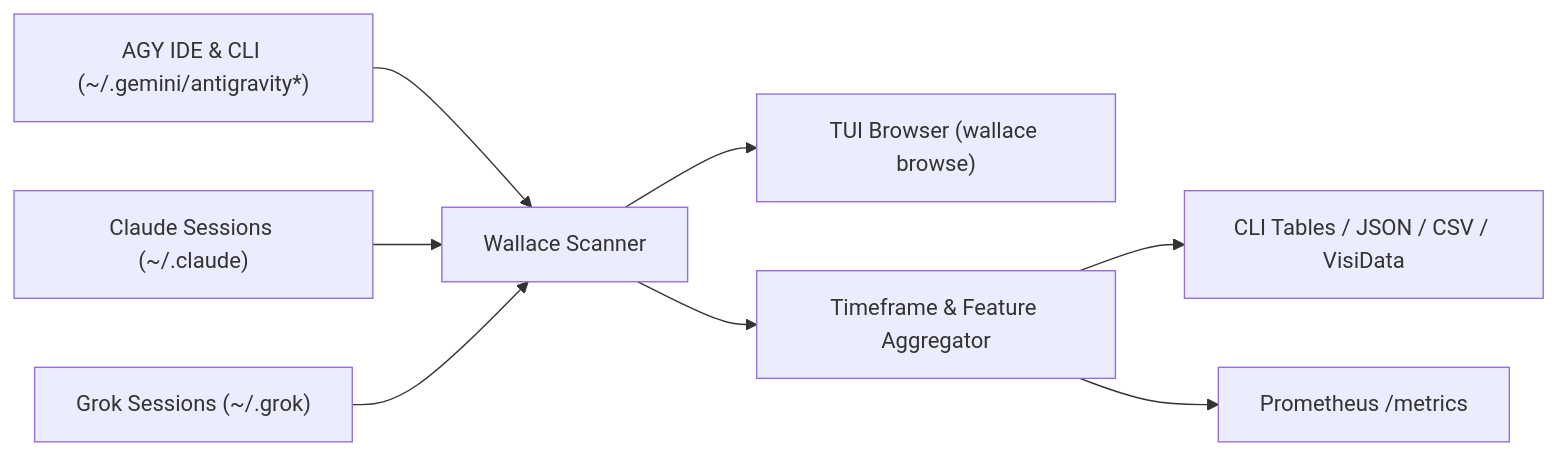
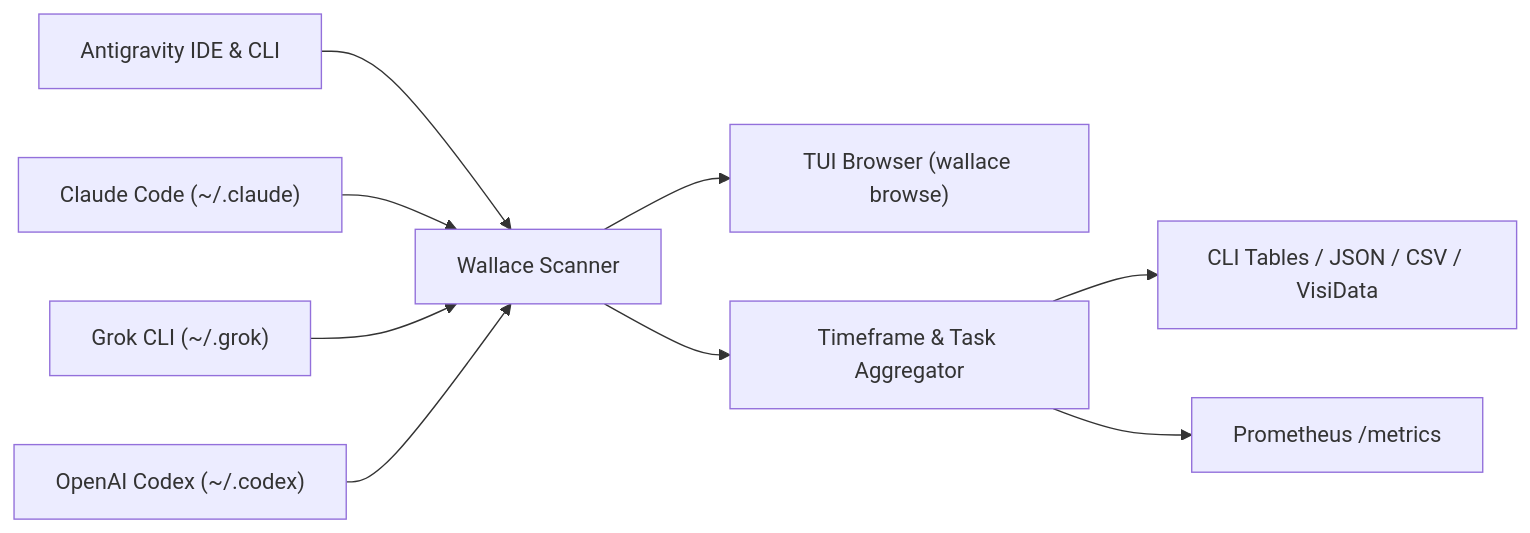
Before and after one commit to lino/wallace: the diagram in docs/index.md, drawn with Mermaid. The commit also changed other lines of this file and 31 other files, not shown here.

````diff
--- a/docs/index.md
+++ b/docs/index.md
@@ -12,10 +5,11 @@
 ```mermaid
 flowchart LR
-    IDE["AGY IDE & CLI (~/.gemini/antigravity*)"] --> Scanner["Wallace Scanner"]
-    Claude["Claude Sessions (~/.claude)"] --> Scanner
-    Grok["Grok Sessions (~/.grok)"] --> Scanner
+    AGY["Antigravity IDE & CLI"] --> Scanner["Wallace Scanner"]
+    Claude["Claude Code (~/.claude)"] --> Scanner
+    Grok["Grok CLI (~/.grok)"] --> Scanner
+    Codex["OpenAI Codex (~/.codex)"] --> Scanner
     Scanner --> Browser["TUI Browser (wallace browse)"]
-    Scanner --> Agg["Timeframe & Feature Aggregator"]
+    Scanner --> Agg["Timeframe & Task Aggregator"]
     Agg --> Reports["CLI Tables / JSON / CSV / VisiData"]
     Agg --> Prom["Prometheus /metrics"]
 ```
````
